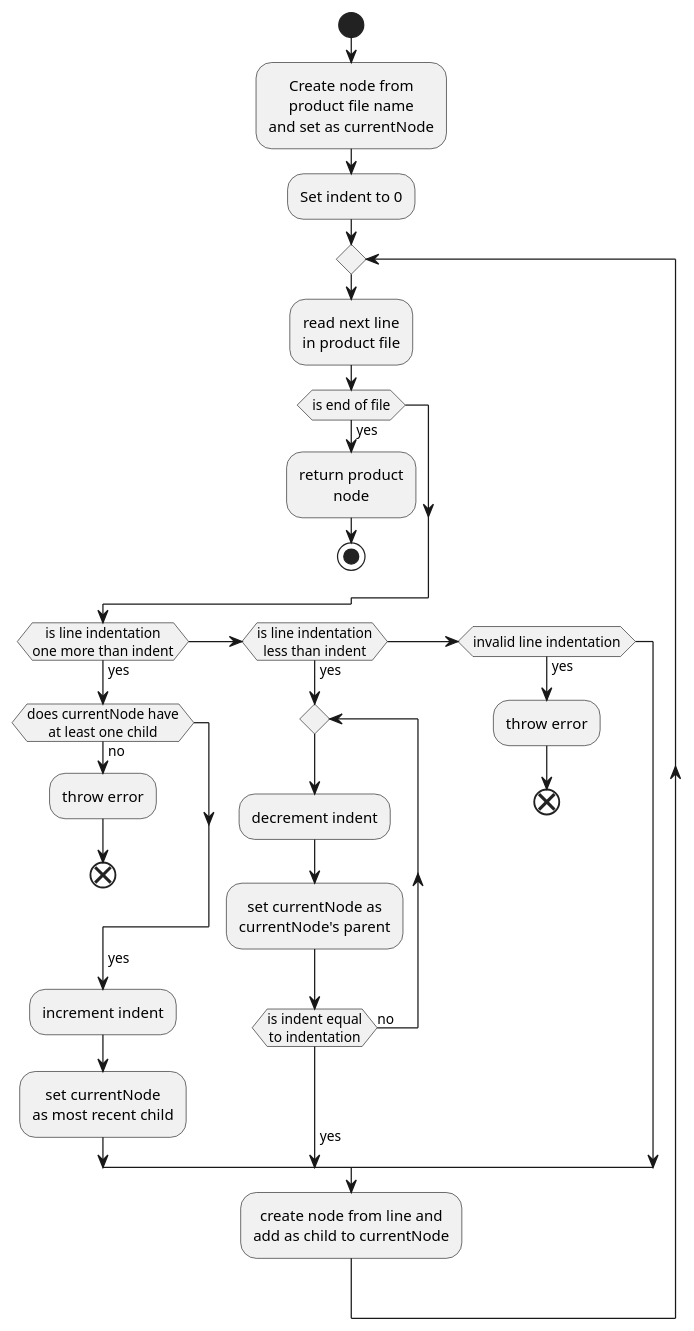
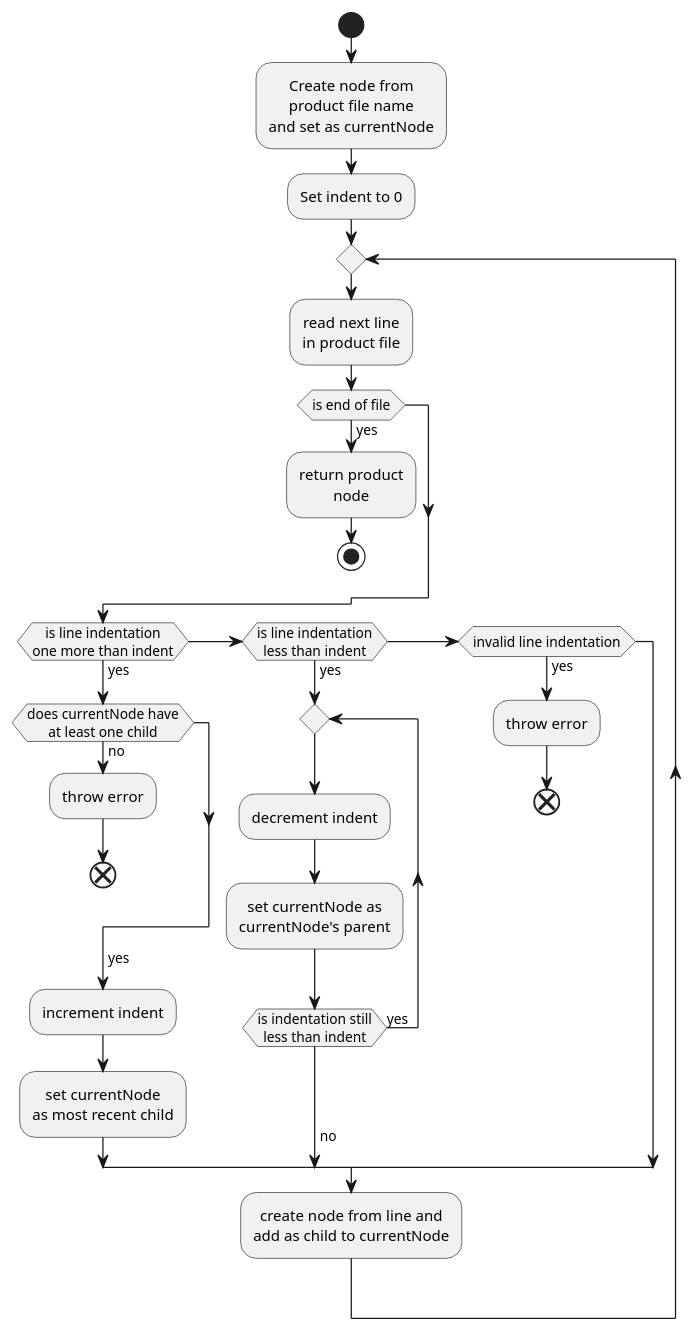
The diagram in docs/code/file-parsing-activity-diagram.pu (Jack272Hughes/uni-data-structures-and-algorithms), drawn with PlantUML before and after one commit. The commit also changed 2 other files, not shown here.

Commit message:
Update diagrams to reflect changes made during development

```diff
--- a/docs/code/file-parsing-activity-diagram.pu
+++ b/docs/code/file-parsing-activity-diagram.pu
@@ -1,49 +1,49 @@
 @startuml
 skinparam defaultTextAlignment center
 
 start
 
 :Create node from
 product file name
 and set as currentNode;
 
 :Set indent to 0;
 
 repeat
   :read next line
   in product file;
 
   if (is end of file) then (yes)
     :return product
     node;
     stop
   endif
 
   if (is line indentation\none more than indent) then (yes)
       if (does currentNode have\nat least one child) then (no)
         :throw error;
         end
       endif
       ->yes;
       :increment indent;
 
       :set currentNode
       as most recent child;
   elseif (is line indentation\nless than indent) then (yes)
       repeat
         :decrement indent;
 
         :set currentNode as
         currentNode's parent;
-      repeat while (is indent equal\nto indentation) is (no)
-      ->yes;
+      repeat while (is indentation still\nless than indent) is (yes)
+      ->no;
   elseif (invalid line indentation) then (yes)
     :throw error;
     end
   endif
 
   :create node from line and
   add as child to currentNode;
 repeat while
 
 @enduml
```
